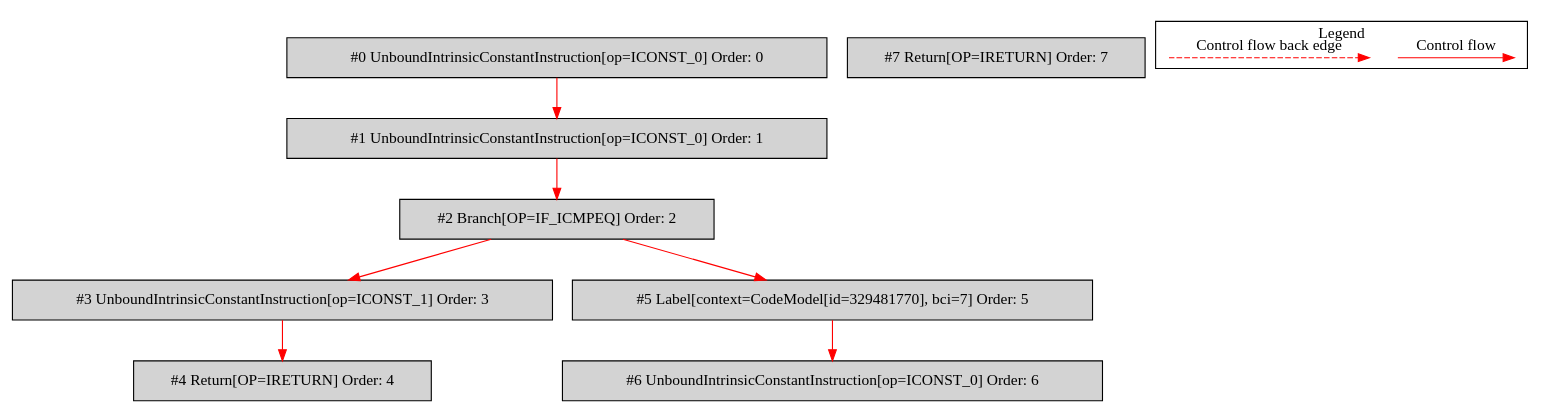
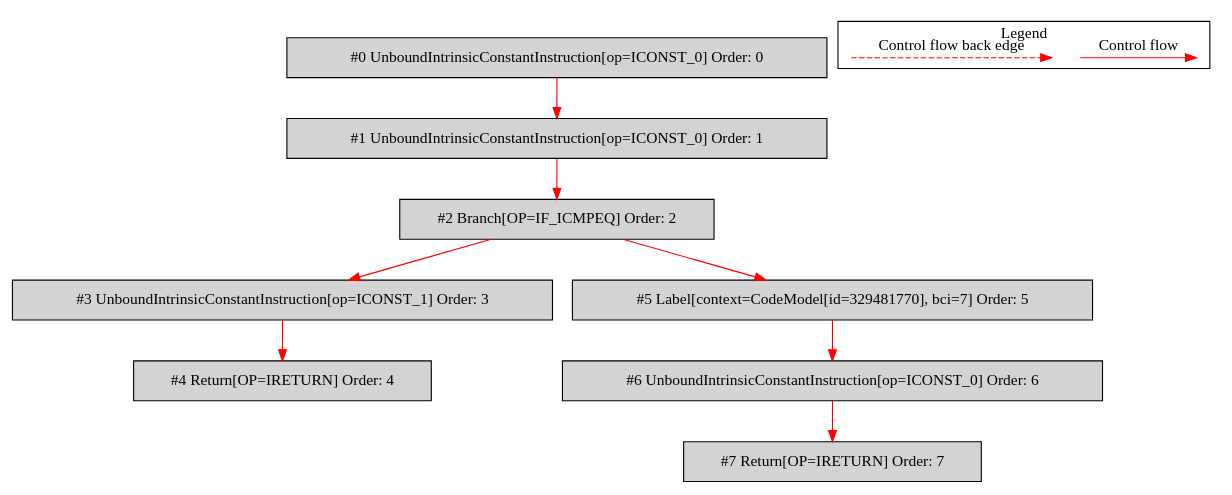
Before and after one commit to mirkosertic/MetaIR: the diagram in de.mirkosertic.metair.ir.OpcodeIFICMPEQTest/test_IF_ICMPEQ/bytecodecfg.dot, drawn with Graphviz. The commit also changed 649 other files, not shown here.

```diff
--- a/de.mirkosertic.metair.ir.OpcodeIFICMPEQTest/test_IF_ICMPEQ/bytecodecfg.dot
+++ b/de.mirkosertic.metair.ir.OpcodeIFICMPEQTest/test_IF_ICMPEQ/bytecodecfg.dot
@@ -1,30 +1,31 @@
 digraph {
  node0[label="#0 UnboundIntrinsicConstantInstruction[op=ICONST_0] Order: 0", shape=box, fillcolor=lightgrey, style=filled];
  node1[label="#1 UnboundIntrinsicConstantInstruction[op=ICONST_0] Order: 1", shape=box, fillcolor=lightgrey, style=filled];
  node2[label="#2 Branch[OP=IF_ICMPEQ] Order: 2", shape=box, fillcolor=lightgrey, style=filled];
  node3[label="#3 UnboundIntrinsicConstantInstruction[op=ICONST_1] Order: 3", shape=box, fillcolor=lightgrey, style=filled];
  node4[label="#4 Return[OP=IRETURN] Order: 4", shape=box, fillcolor=lightgrey, style=filled];
  node5[label="#5 Label[context=CodeModel[id=329481770], bci=7] Order: 5", shape=box, fillcolor=lightgrey, style=filled];
  node6[label="#6 UnboundIntrinsicConstantInstruction[op=ICONST_0] Order: 6", shape=box, fillcolor=lightgrey, style=filled];
  node7[label="#7 Return[OP=IRETURN] Order: 7", shape=box, fillcolor=lightgrey, style=filled];
  node0 -> node1[color=red];
  node1 -> node2[color=red];
  node2 -> node3[color=red];
  node3 -> node4[color=red];
  node2 -> node5[color=red];
  node5 -> node6[color=red];
+ node6 -> node7[color=red];
  subgraph cluster_000 {
   label = "Legend";
   node [shape=point]
   {
    rank=same;
    c0 [style = invis];
    c1 [style = invis];
    c2 [style = invis];
    c3 [style = invis];
   }
   c0 -> c1 [label="Control flow", style=solid, color=red]
   c2 -> c3 [label="Control flow back edge", style=dashed, color=red]
  }
 
 }
```
